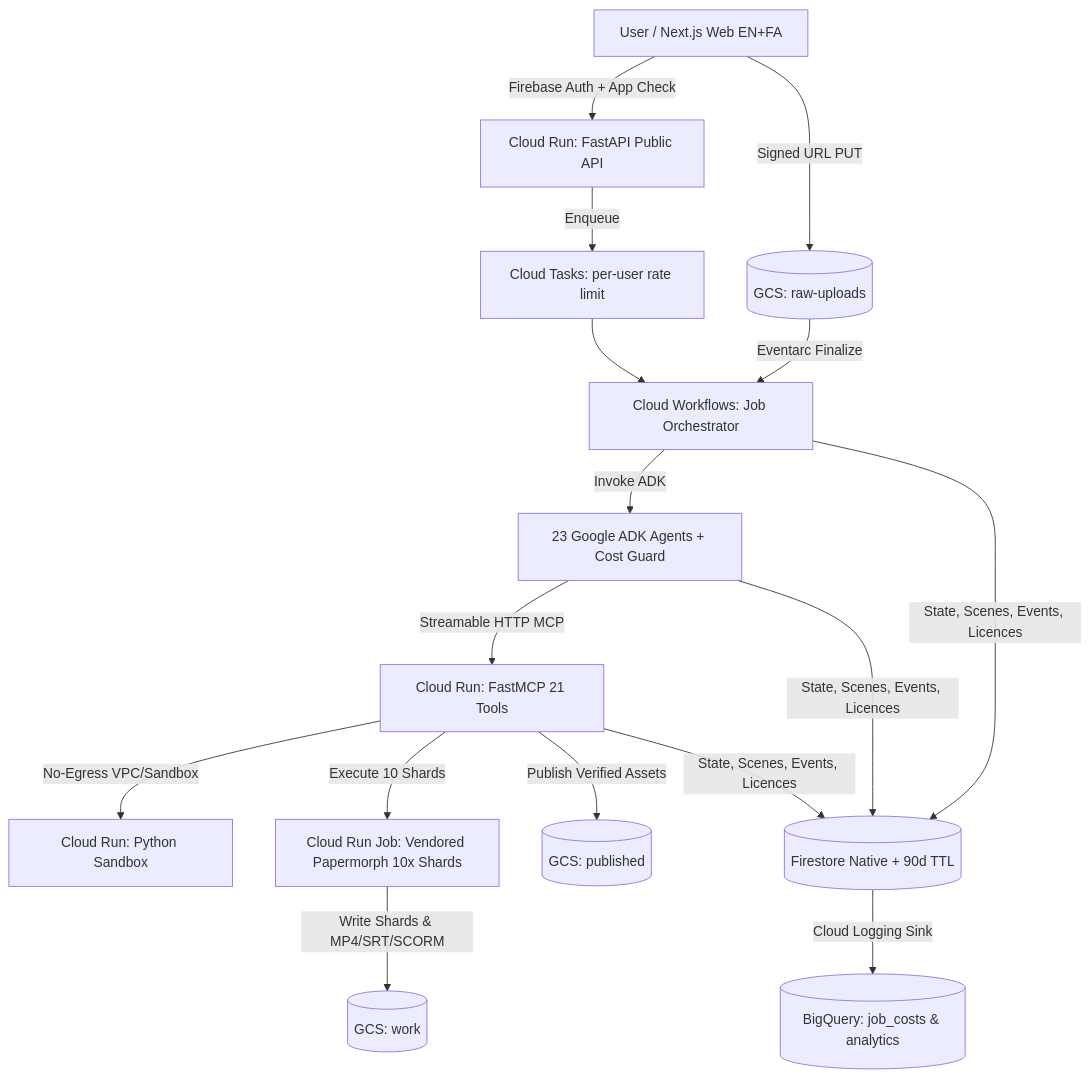
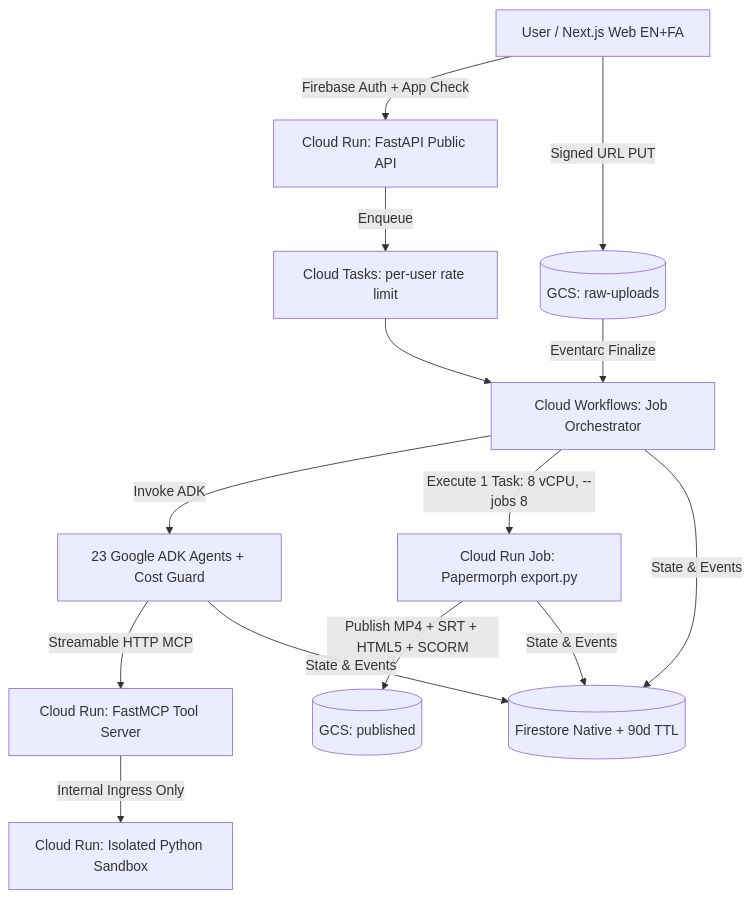
One commit to amirxoo13/papermorph-studio changed the diagram in ARCHITECTURE.md. Above: the diagram before and after it, drawn with Mermaid. The commit also changed other lines of this file and 4 other files, not shown here.

Commit message:
build(render-job): real Papermorph render container with uv, ffmpeg, node, playwright, numpy

````diff
--- a/ARCHITECTURE.md
+++ b/ARCHITECTURE.md
@@ -3,16 +3,14 @@
 ```mermaid
 graph TD
   User[User / Next.js Web EN+FA] -->|Firebase Auth + App Check| API[Cloud Run: FastAPI Public API]
   User -->|Signed URL PUT| RawGCS[(GCS: raw-uploads)]
   RawGCS -->|Eventarc Finalize| WF[Cloud Workflows: Job Orchestrator]
   API -->|Enqueue| Tasks[Cloud Tasks: per-user rate limit]
   Tasks --> WF
   WF -->|Invoke ADK| Agents[23 Google ADK Agents + Cost Guard]
-  Agents -->|Streamable HTTP MCP| MCP[Cloud Run: FastMCP 21 Tools]
-  MCP -->|No-Egress VPC/Sandbox| Sandbox[Cloud Run: Python Sandbox]
-  MCP -->|Execute 10 Shards| RenderJob[Cloud Run Job: Vendored Papermorph 10x Shards]
-  RenderJob -->|Write Shards & MP4/SRT/SCORM| WorkGCS[(GCS: work)]
-  MCP -->|Publish Verified Assets| PubGCS[(GCS: published)]
-  Agents & MCP & WF -->|State, Scenes, Events, Licences| FS[(Firestore Native + 90d TTL)]
-  FS -->|Cloud Logging Sink| BQ[(BigQuery: job_costs & analytics)]
+  Agents -->|Streamable HTTP MCP| MCP[Cloud Run: FastMCP Tool Server]
+  MCP -->|Internal Ingress Only| Sandbox[Cloud Run: Isolated Python Sandbox]
+  WF -->|Execute 1 Task: 8 vCPU, --jobs 8| Render[Cloud Run Job: Papermorph export.py]
+  Render -->|Publish MP4 + SRT + HTML5 + SCORM| PubGCS[(GCS: published)]
+  Agents & WF & Render -->|State & Events| FS[(Firestore Native + 90d TTL)]
 ```
````
